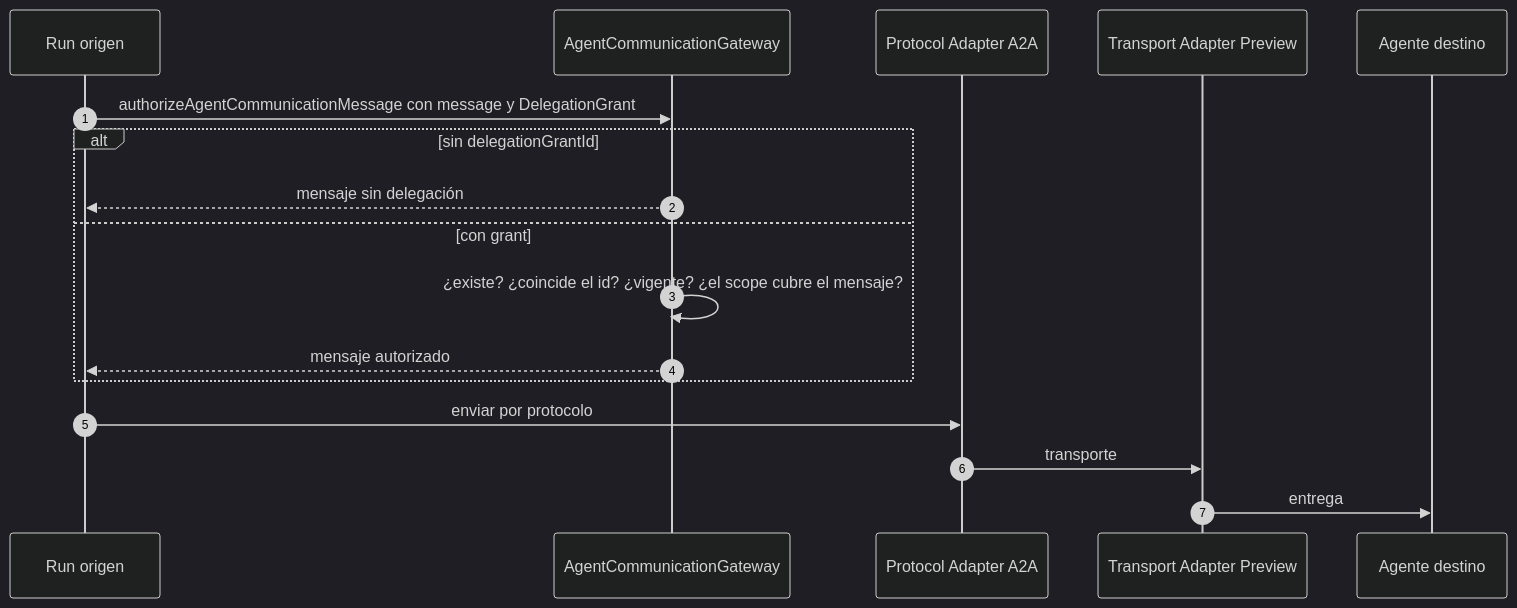
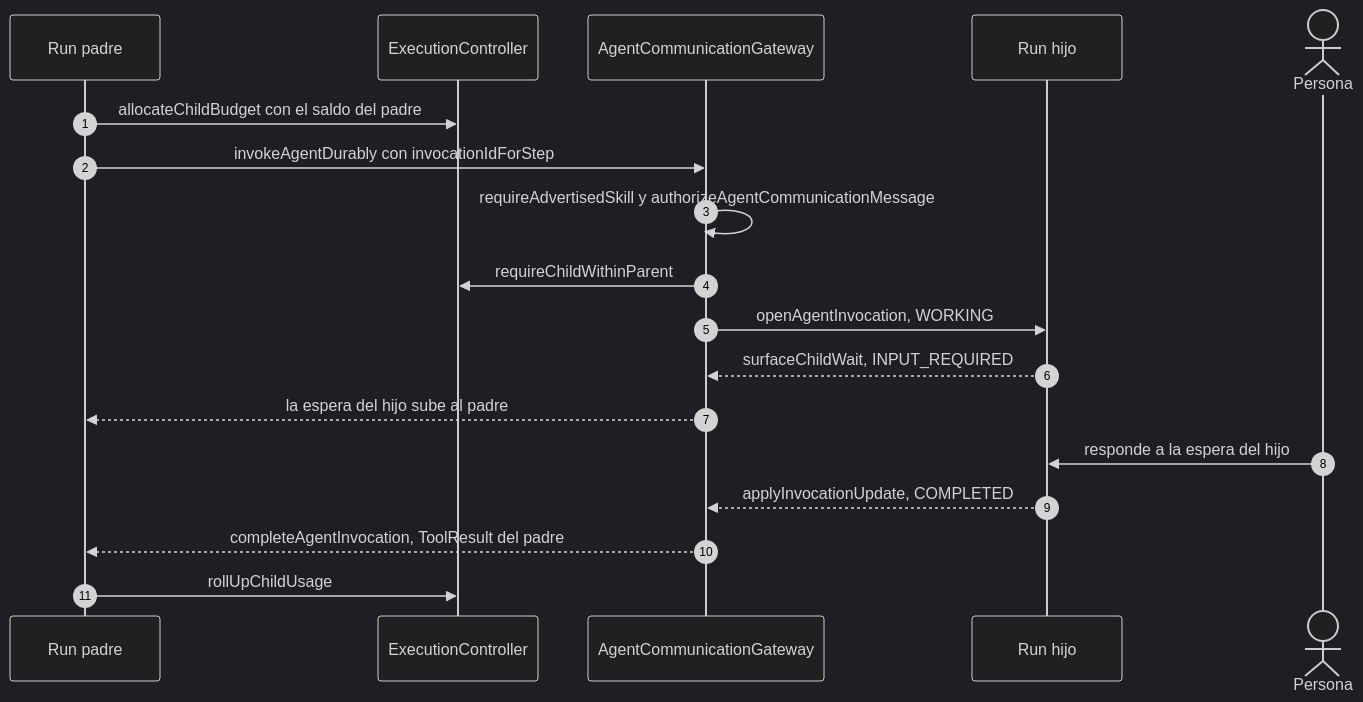
One commit to aaramirez/arnes-ai changed the seventh of 10 diagrams in docs/diagramas/book-harness/BH-10-Flujos-Empresariales.md. Above: the diagram before and after it, drawn with Mermaid (dark theme). The commit also changed other lines of this file and 52 other files, not shown here.

````diff
--- a/docs/diagramas/book-harness/BH-10-Flujos-Empresariales.md
+++ b/docs/diagramas/book-harness/BH-10-Flujos-Empresariales.md
@@ -328,20 +374,21 @@
 ```mermaid
 sequenceDiagram
   autonumber
-  participant SRC as Run origen
-  participant GW as AgentCommunicationGateway
-  participant PA as Protocol Adapter A2A
-  participant TA as Transport Adapter Preview
-  participant DST as Agente destino
+  participant P as Run padre
+  participant EC as ExecutionController
+  participant ACG as AgentCommunicationGateway
+  participant C as Run hijo
+  actor H as Persona
 
-  SRC->>GW: authorizeAgentCommunicationMessage con message y DelegationGrant
-  alt sin delegationGrantId
-    GW-->>SRC: mensaje sin delegación
-  else con grant
-    GW->>GW: ¿existe? ¿coincide el id? ¿vigente? ¿el scope cubre el mensaje?
-    GW-->>SRC: mensaje autorizado
-  end
-  SRC->>PA: enviar por protocolo
-  PA->>TA: transporte
-  TA->>DST: entrega
+  P->>EC: allocateChildBudget con el saldo del padre
+  P->>ACG: invokeAgentDurably con invocationIdForStep
+  ACG->>ACG: requireAdvertisedSkill y authorizeAgentCommunicationMessage
+  ACG->>EC: requireChildWithinParent
+  ACG->>C: openAgentInvocation, WORKING
+  C-->>ACG: surfaceChildWait, INPUT_REQUIRED
+  ACG-->>P: la espera del hijo sube al padre
+  H->>C: responde a la espera del hijo
+  C-->>ACG: applyInvocationUpdate, COMPLETED
+  ACG-->>P: completeAgentInvocation, ToolResult del padre
+  P->>EC: rollUpChildUsage
 ```
````
